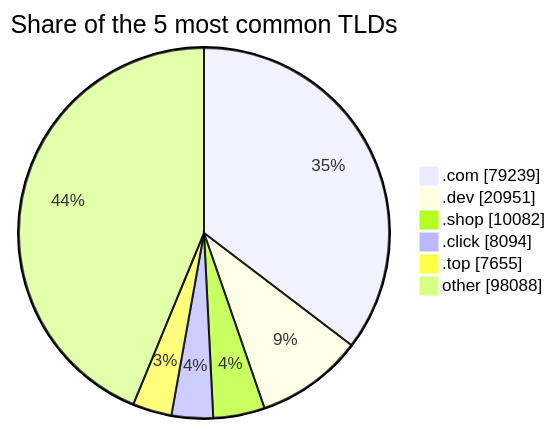
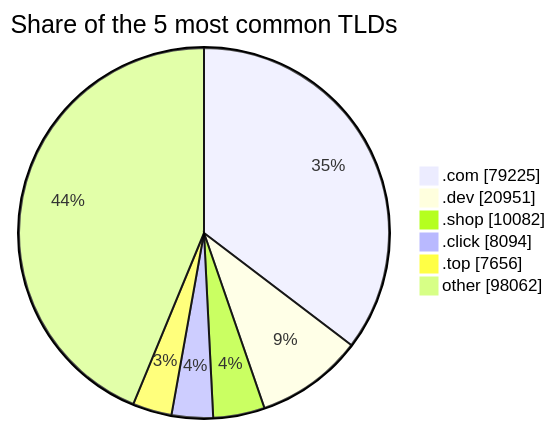
One commit to DNSBunker/CTI changed the third of 3 diagrams in README.md. Above: the diagram before and after it, drawn with Mermaid. The commit also changed other lines of this file and 3 other files, not shown here.

````diff
--- a/README.md
+++ b/README.md
@@ -81,9 +81,9 @@
 ```mermaid
 pie showData title Share of the 5 most common TLDs
-    ".com" : 79239
+    ".com" : 79225
     ".dev" : 20951
     ".shop" : 10082
     ".click" : 8094
-    ".top" : 7655
-    "other" : 98088
+    ".top" : 7656
+    "other" : 98062
 ```
````
